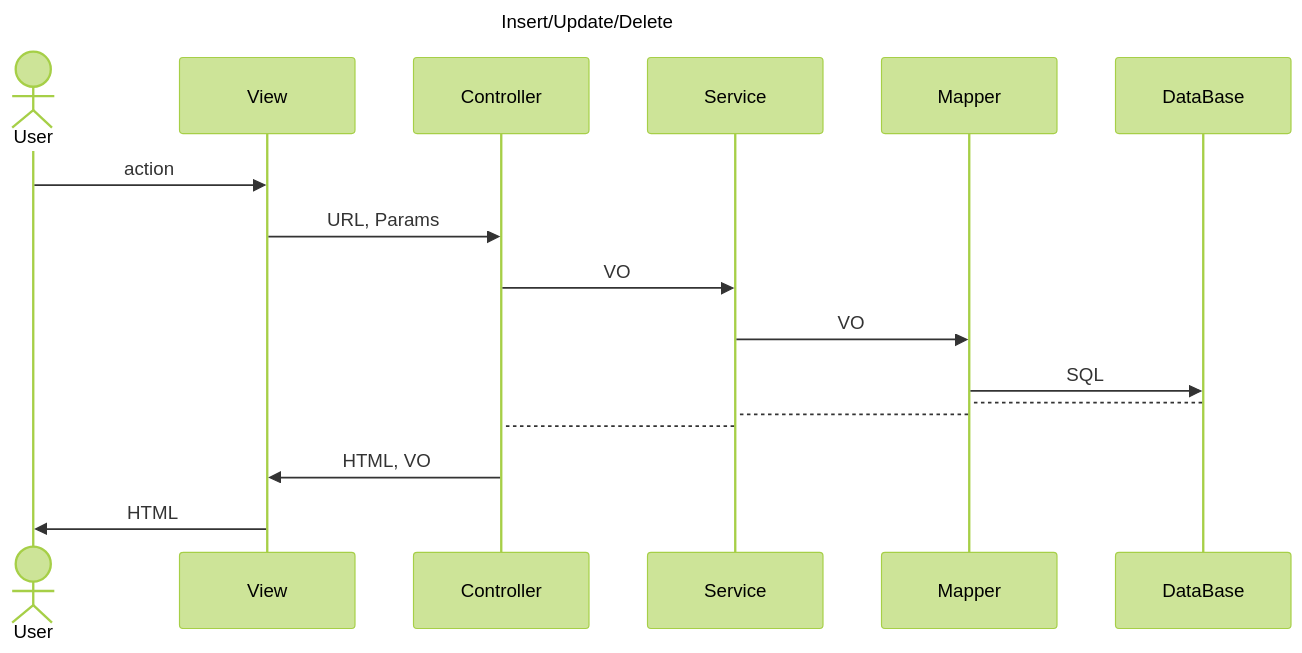
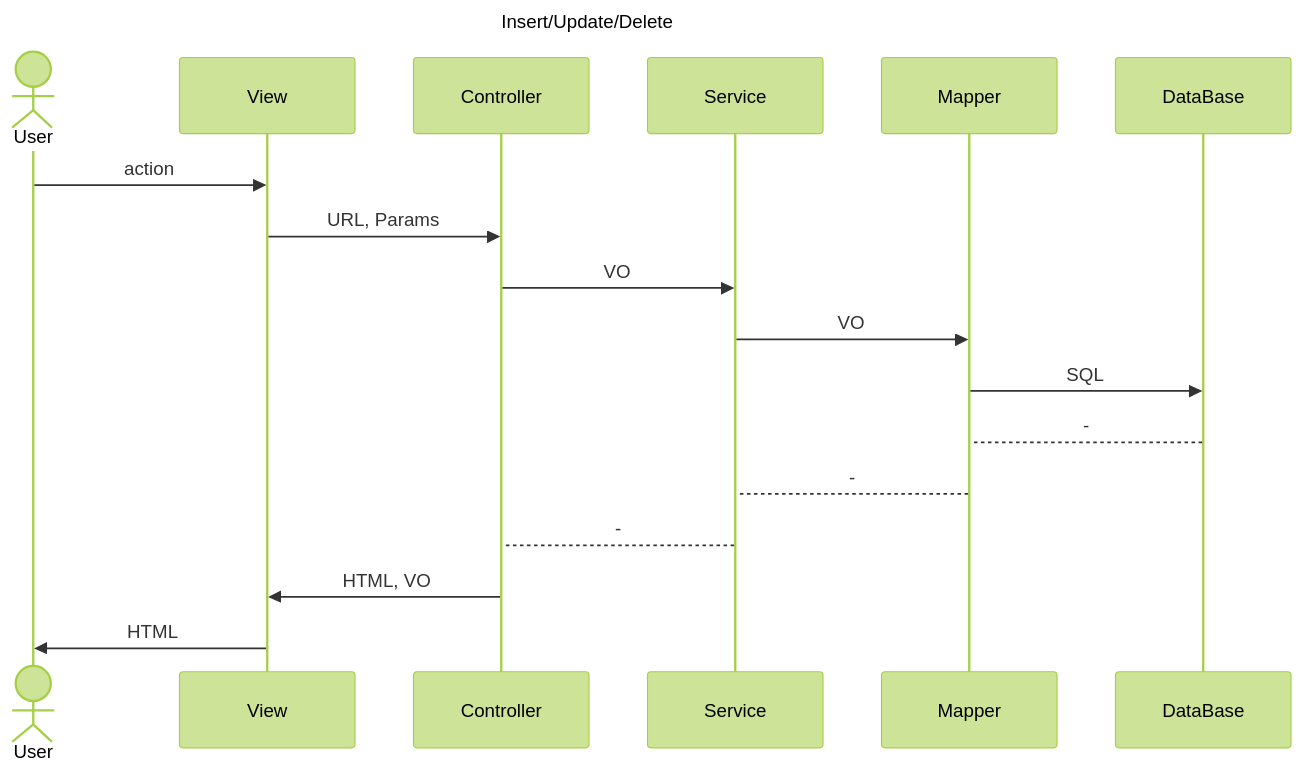
Before and after one commit to jonggurl96/EgovBoot-4.1.2: the second of 2 diagrams in README.md, drawn with Mermaid (forest theme). The commit also changed 2 other files, not shown here.

Commit message:
오류 및 경고 수정

````diff
--- a/README.md
+++ b/README.md
@@ -42,22 +42,22 @@
 ```mermaid
 sequenceDiagram
     title Insert/Update/Delete
     actor User
     participant View
     participant Controller
     participant Service
     participant Mapper
     participant DataBase
     
     User ->> View: action
     View ->> Controller: URL, Params
     Controller ->> Service: VO
     Service ->> Mapper: VO
     Mapper ->> DataBase: SQL
     
-    DataBase --> Mapper: 
-    Mapper --> Service: 
-    Service --> Controller: 
+    DataBase --> Mapper: -
+    Mapper --> Service: -
+    Service --> Controller: -
     Controller ->> View: HTML, VO
     View ->> User: HTML
 ```
````
